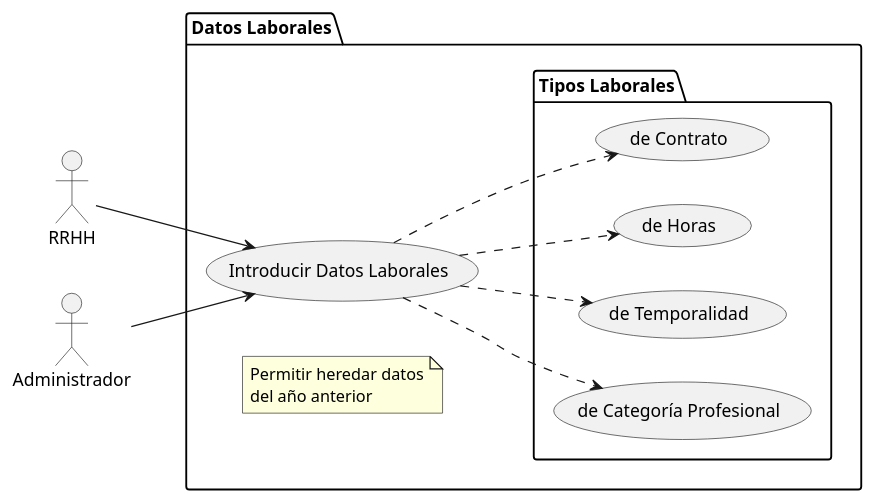
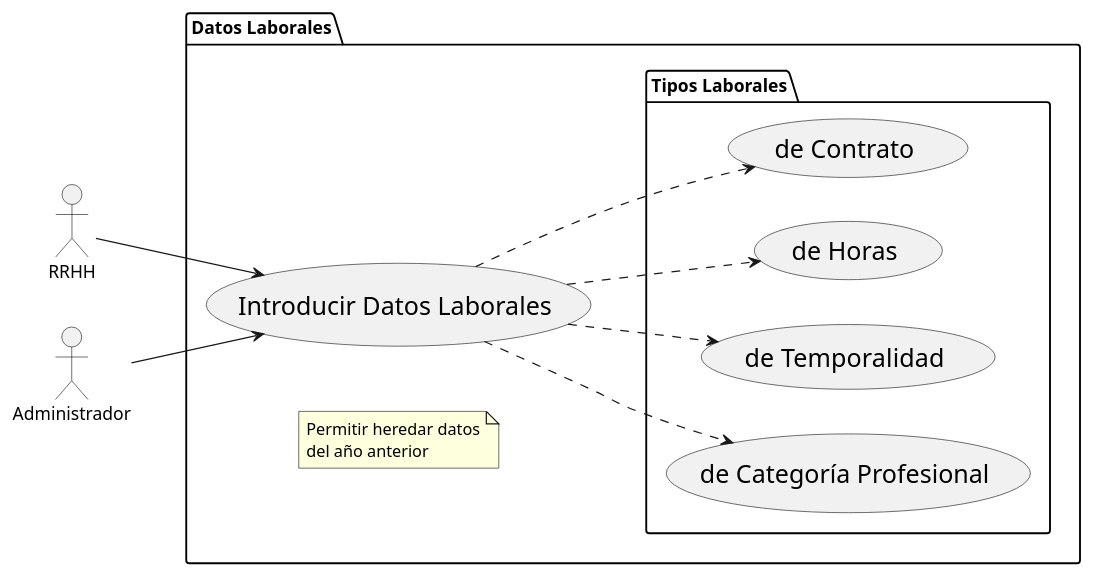
Before and after one commit to mmasias/24-25-IdSw1-SDR: the diagram in modelosUML/CdU/Individuales/IntroducirDatosLaborales.puml, drawn with PlantUML. The commit also changed 31 other files, not shown here.

Commit message:
ajustes de proporcion en diagramas

```diff
--- a/modelosUML/CdU/Individuales/IntroducirDatosLaborales.puml
+++ b/modelosUML/CdU/Individuales/IntroducirDatosLaborales.puml
@@ -1,26 +1,30 @@
 @startuml
 left to right direction
+
+skinparam usecase {
+    FontSize 20
+}
 
 actor "RRHH" as rrhh
 actor "Administrador" as admin
 
 package "Datos Laborales" as datosLabPackage {
     usecase "Introducir Datos Laborales" as datosLab
 
     package "Tipos Laborales" {
         usecase "de Contrato" as contrato
         usecase "de Horas" as horas
         usecase "de Temporalidad" as temp
         usecase "de Categoría Profesional" as catProf
     }
     note "Permitir heredar datos\ndel año anterior" as notaDatosLab
 }
 
 datosLab ..> contrato
 datosLab ..> horas
 datosLab ..> temp
 datosLab ..> catProf
 
 rrhh --> datosLab
 admin --> datosLab
 @enduml
```
